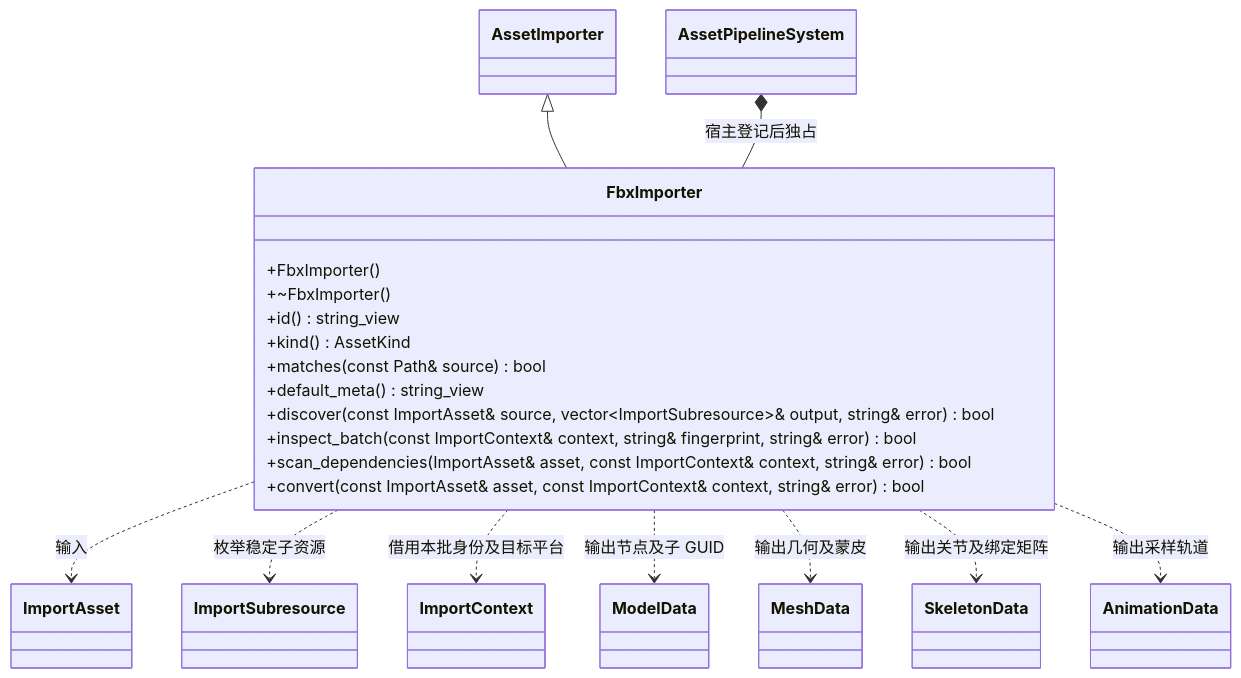
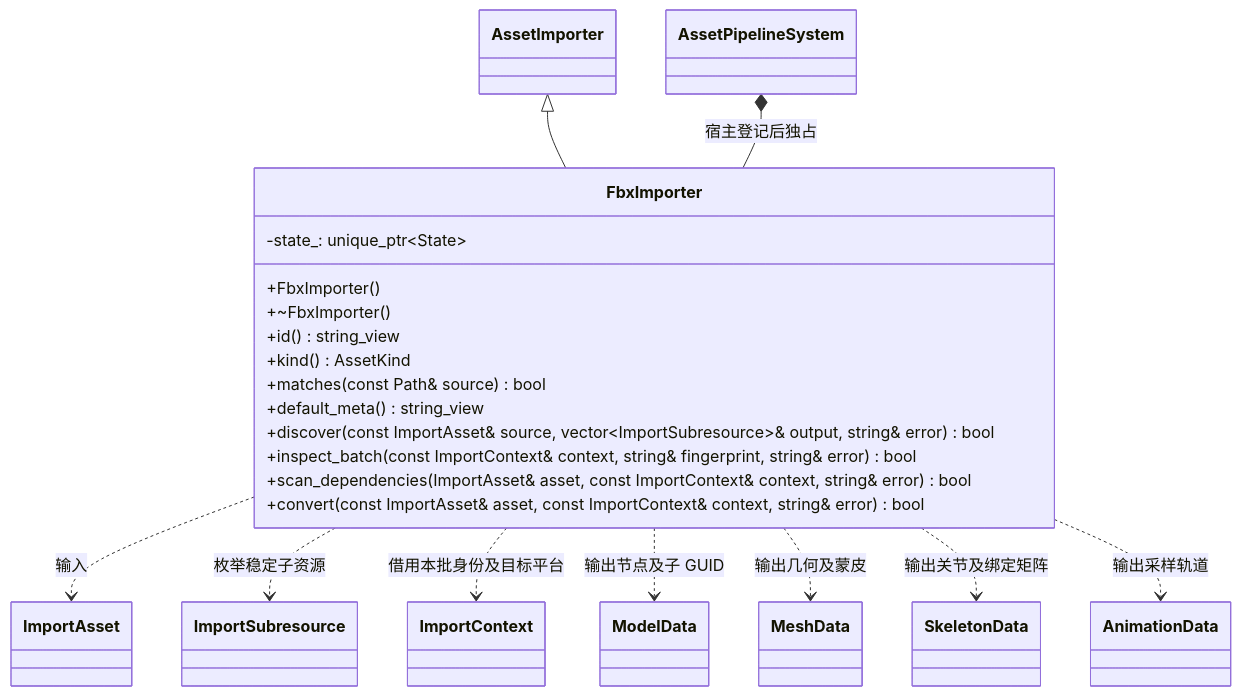
One commit to lcals/Engine changed the diagram in docs/plugins/editor/class-diagrams/fbx-importer.md. Above: the diagram before and after it, drawn with Mermaid. The commit also changed other lines of this file and 49 other files, not shown here.

````diff
--- a/docs/plugins/editor/class-diagrams/fbx-importer.md
+++ b/docs/plugins/editor/class-diagrams/fbx-importer.md
@@ -5,33 +5,34 @@
 ```mermaid
 classDiagram
     class AssetImporter
     class FbxImporter {
         +FbxImporter()
         +~FbxImporter()
         +id() string_view
         +kind() AssetKind
         +matches(const Path& source) bool
         +default_meta() string_view
         +discover(const ImportAsset& source, vector~ImportSubresource~& output, string& error) bool
         +inspect_batch(const ImportContext& context, string& fingerprint, string& error) bool
         +scan_dependencies(ImportAsset& asset, const ImportContext& context, string& error) bool
         +convert(const ImportAsset& asset, const ImportContext& context, string& error) bool
+        -state_: unique_ptr~State~
     }
     class AssetPipelineSystem
     class ImportAsset
     class ImportSubresource
     class ImportContext
     class ModelData
     class MeshData
     class SkeletonData
     class AnimationData
     AssetImporter <|-- FbxImporter
     AssetPipelineSystem *-- FbxImporter : 宿主登记后独占
     FbxImporter ..> ImportAsset : 输入
     FbxImporter ..> ImportSubresource : 枚举稳定子资源
     FbxImporter ..> ImportContext : 借用本批身份及目标平台
     FbxImporter ..> ModelData : 输出节点及子 GUID
     FbxImporter ..> MeshData : 输出几何及蒙皮
     FbxImporter ..> SkeletonData : 输出关节及绑定矩阵
     FbxImporter ..> AnimationData : 输出采样轨道
 ```
````
